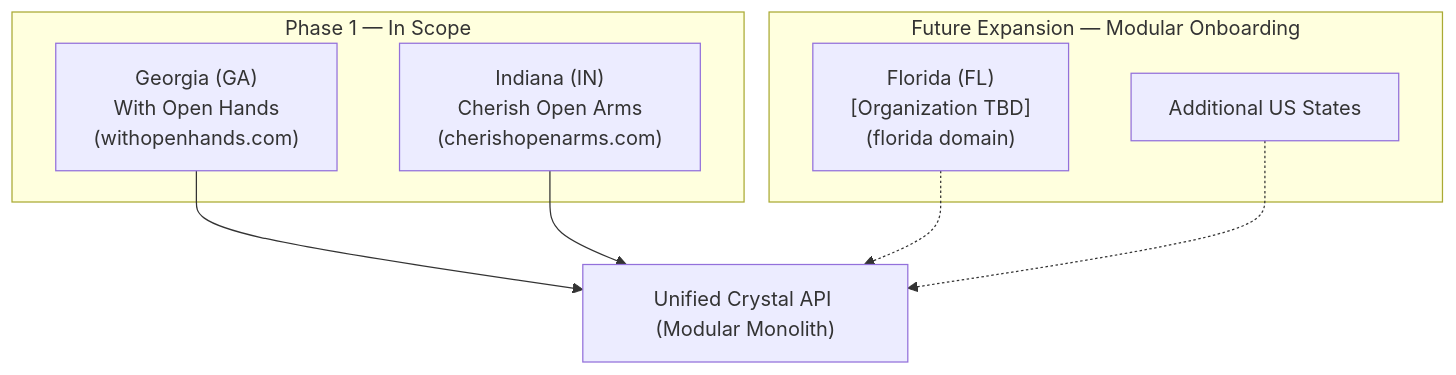
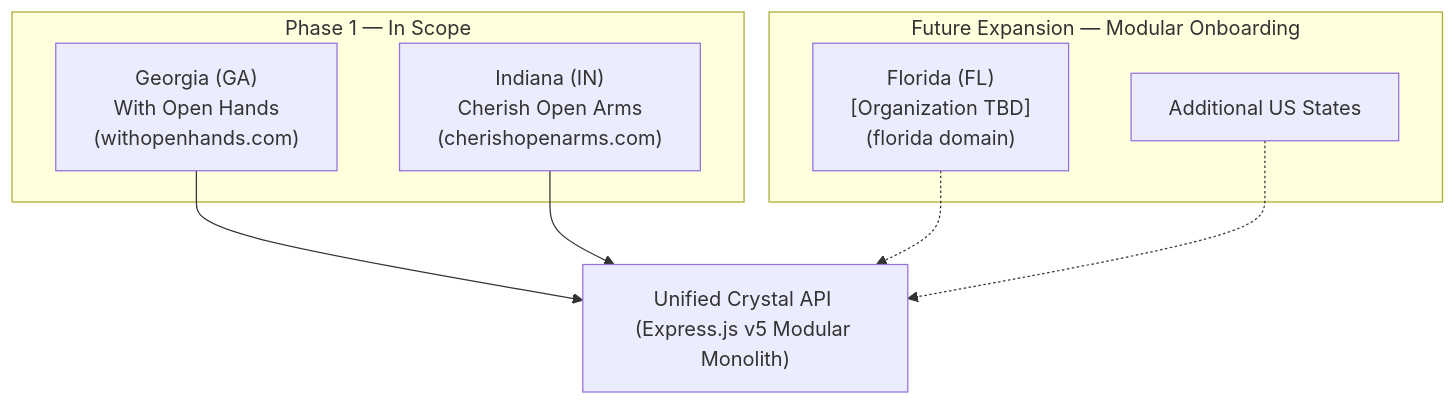
Before and after one commit to jico19/Crystal: the first of 3 diagrams in docs/context.md, drawn with Mermaid. The commit also changed other lines of this file and 424 other files, not shown here.

````diff
--- a/docs/context.md
+++ b/docs/context.md
@@ -76,19 +76,19 @@
 ```mermaid
 graph TD
-    UnifiedAPI["Unified Crystal API (Modular Monolith)"]
+    UnifiedAPI["Unified Crystal API (Express.js v5 Modular Monolith)"]
     
     subgraph Phase1["Phase 1 — In Scope"]
         GA["Georgia (GA)<br/>With Open Hands<br/>(withopenhands.com)"]
         IN["Indiana (IN)<br/>Cherish Open Arms<br/>(cherishopenarms.com)"]
     end
     
     subgraph FuturePhase["Future Expansion — Modular Onboarding"]
         FL["Florida (FL)<br/>[Organization TBD]<br/>(florida domain)"]
         OtherStates["Additional US States"]
     end
     
     GA --> UnifiedAPI
     IN --> UnifiedAPI
     FL -.-> UnifiedAPI
     OtherStates -.-> UnifiedAPI
 ```
````
